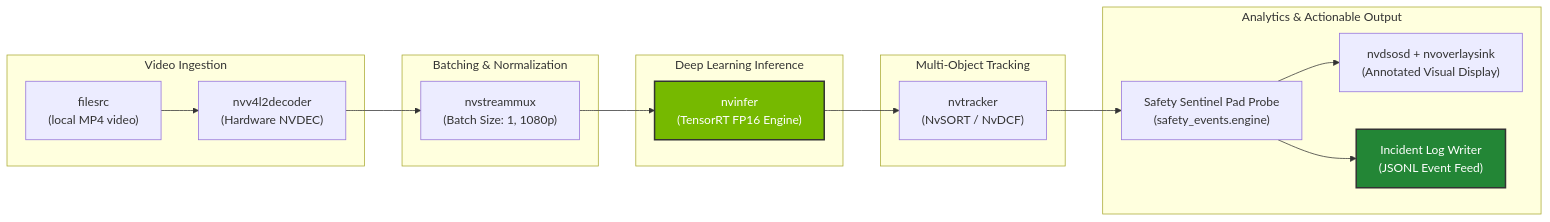
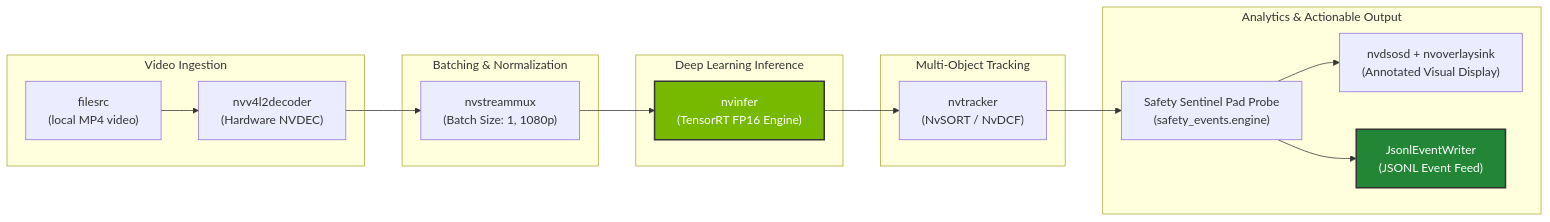
The diagram in evidence/pipeline-ir/pipeline_ir_summary.md (SciAditya03/CraftifAIHackathon_CRA004), drawn with Mermaid before and after one commit. The commit also changed other lines of this file and 14 other files, not shown here.

````diff
--- a/evidence/pipeline-ir/pipeline_ir_summary.md
+++ b/evidence/pipeline-ir/pipeline_ir_summary.md
@@ -7,27 +7,27 @@
 ```mermaid
 graph LR
     subgraph Stage1["Video Ingestion"]
         A["filesrc<br/>(local MP4 video)"] --> B["nvv4l2decoder<br/>(Hardware NVDEC)"]
     end
 
     subgraph Stage2["Batching & Normalization"]
         B --> C["nvstreammux<br/>(Batch Size: 1, 1080p)"]
     end
 
     subgraph Stage3["Deep Learning Inference"]
         C --> D["nvinfer<br/>(TensorRT FP16 Engine)"]
     end
 
     subgraph Stage4["Multi-Object Tracking"]
         D --> E["nvtracker<br/>(NvSORT / NvDCF)"]
     end
 
     subgraph Stage5["Analytics & Actionable Output"]
         E --> F["Safety Sentinel Pad Probe<br/>(safety_events.engine)"]
         F --> G["nvdsosd + nvoverlaysink<br/>(Annotated Visual Display)"]
-        F --> H["Incident Log Writer<br/>(JSONL Event Feed)"]
+        F --> H["JsonlEventWriter<br/>(JSONL Event Feed)"]
     end
 
     style D fill:#76b900,stroke:#333,stroke-width:2px,color:#fff
     style H fill:#238636,stroke:#333,stroke-width:2px,color:#fff
 ```
````
